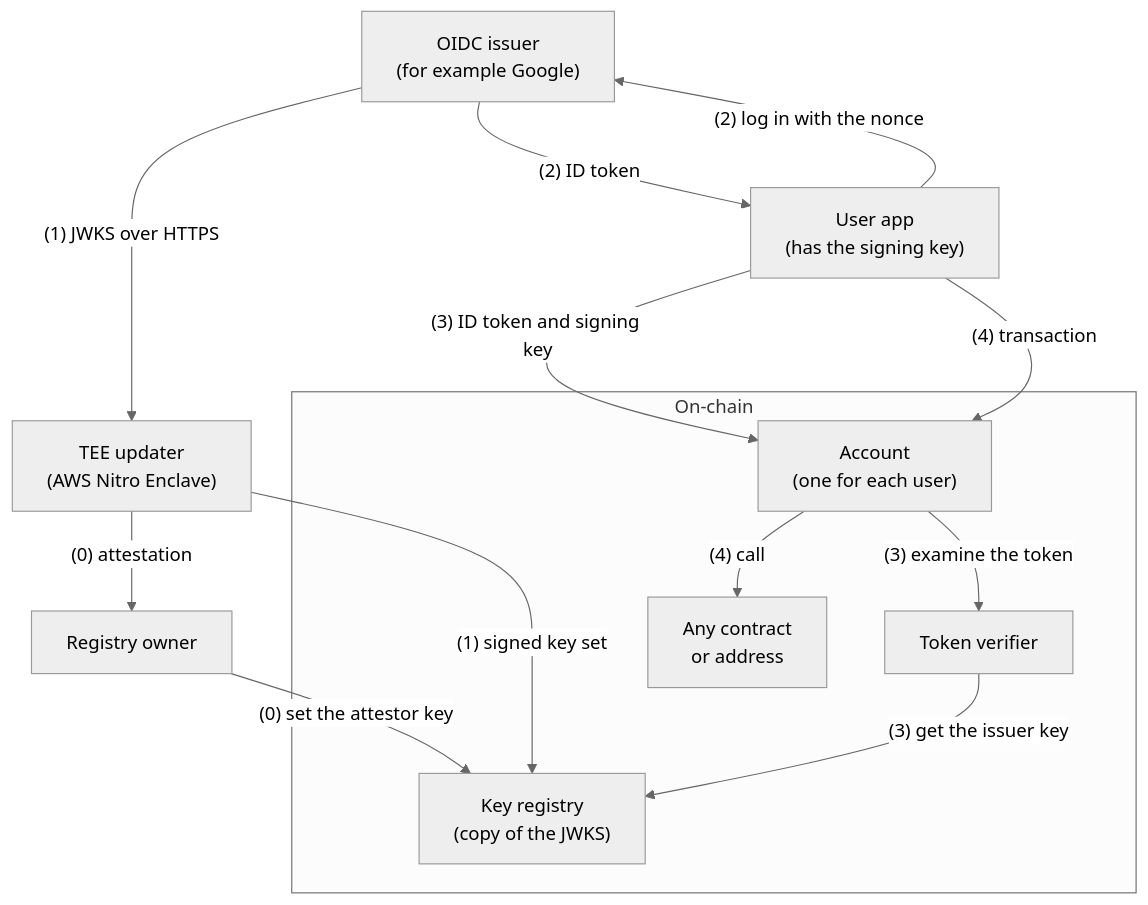
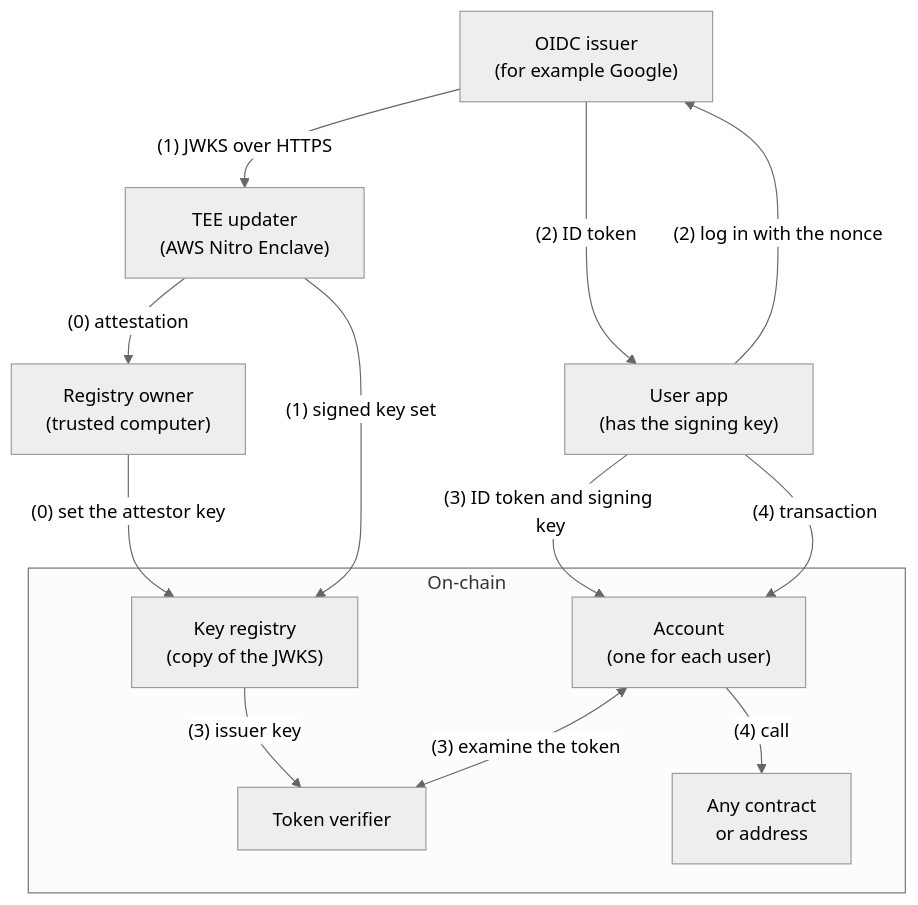
One commit to mmv08/oidc-smart-account changed the first of 2 diagrams in README.md. Above: the diagram before and after it, drawn with Mermaid (neutral theme). The commit also changed other lines of this file and 13 other files, not shown here.

````diff
--- a/README.md
+++ b/README.md
@@ -24,26 +30,26 @@
 ```mermaid
 flowchart TB
     issuer["OIDC issuer<br/>(for example Google)"]
     tee["TEE updater<br/>(AWS Nitro Enclave)"]
-    owner["Registry owner"]
+    owner["Registry owner<br/>(trusted computer)"]
     app["User app<br/>(has the signing key)"]
 
     subgraph onchain ["On-chain"]
         registry["Key registry<br/>(copy of the JWKS)"]
         verifier["Token verifier"]
         account["Account<br/>(one for each user)"]
         target["Any contract<br/>or address"]
     end
 
+    issuer -- "(1) JWKS over HTTPS" --> tee
     tee -- "(0) attestation" --> owner
     owner -- "(0) set the attestor key" --> registry
-    issuer -- "(1) JWKS over HTTPS" --> tee
     tee -- "(1) signed key set" --> registry
     app -- "(2) log in with the nonce" --> issuer
     issuer -- "(2) ID token" --> app
+    registry -- "(3) issuer key" --> verifier
     app -- "(3) ID token and signing key" --> account
-    account -- "(3) examine the token" --> verifier
-    verifier -- "(3) get the issuer key" --> registry
+    account <-- "(3) examine the token" --> verifier
     app -- "(4) transaction" --> account
     account -- "(4) call" --> target
 ```
````
